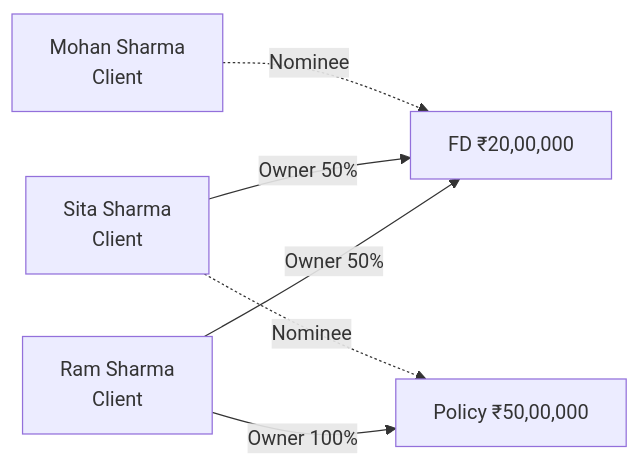
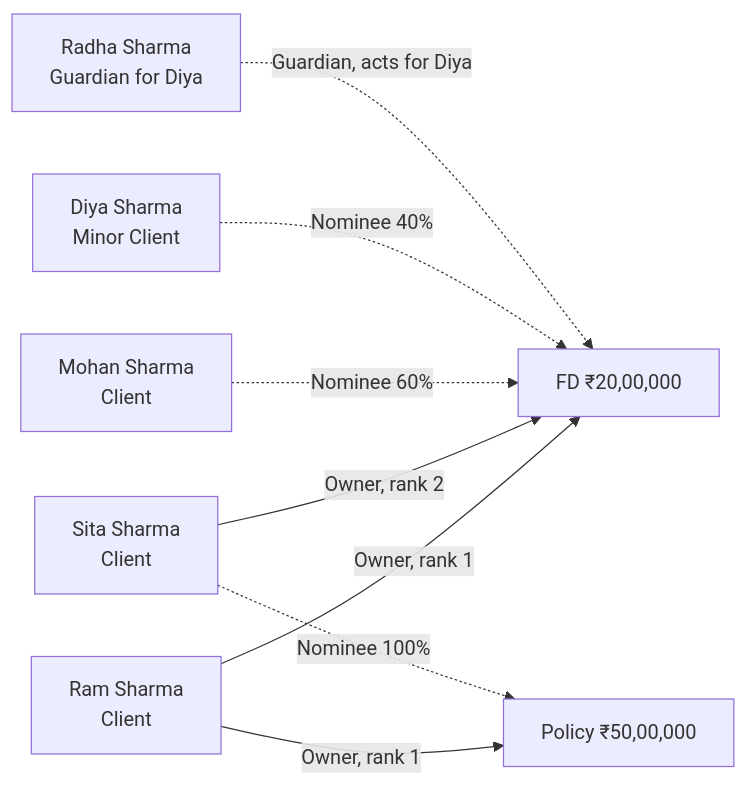
Before and after one commit to knapsfs/dhanada: the diagram in docs/05-examples/joint-holders-and-nominee.md, drawn with Mermaid. The commit also changed other lines of this file and 35 other files, not shown here.

````diff
--- a/docs/05-examples/joint-holders-and-nominee.md
+++ b/docs/05-examples/joint-holders-and-nominee.md
@@ -83,14 +91,18 @@
 ```mermaid
 flowchart LR
     R["Ram Sharma<br/>Client"]
     S["Sita Sharma<br/>Client"]
     M["Mohan Sharma<br/>Client"]
+    D["Diya Sharma<br/>Minor Client"]
+    RA["Radha Sharma<br/>Guardian for Diya"]
     FD["FD ₹20,00,000"]
     P["Policy ₹50,00,000"]
 
-    R -->|Owner 50%| FD
-    S -->|Owner 50%| FD
-    M -.->|Nominee| FD
-    R -->|Owner 100%| P
-    S -.->|Nominee| P
+    R -->|Owner, rank 1| FD
+    S -->|Owner, rank 2| FD
+    M -.->|Nominee 60%| FD
+    D -.->|Nominee 40%| FD
+    RA -.->|Guardian, acts for Diya| FD
+    R -->|Owner, rank 1| P
+    S -.->|Nominee 100%| P
 ```
````
